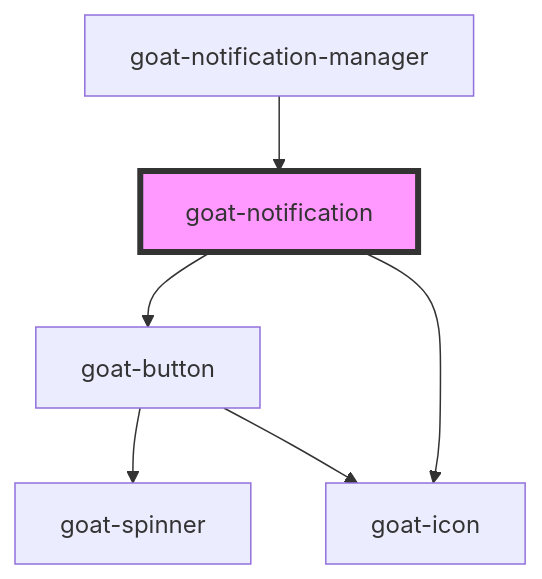
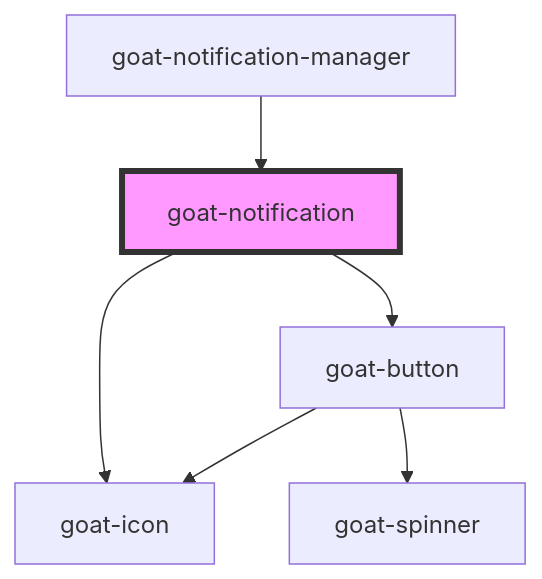
The diagram in src/components/informational/notification/readme.md (goatui/components), drawn with Mermaid before and after one commit. The commit also changed other lines of this file and 137 other files, not shown here.

````diff
--- a/src/components/informational/notification/readme.md
+++ b/src/components/informational/notification/readme.md
@@ -39,9 +40,9 @@
 ```mermaid
 graph TD;
+  goat-notification --> goat-icon
   goat-notification --> goat-button
-  goat-notification --> goat-icon
   goat-button --> goat-spinner
   goat-button --> goat-icon
   goat-notification-manager --> goat-notification
   style goat-notification fill:#f9f,stroke:#333,stroke-width:4px
 ```
````
